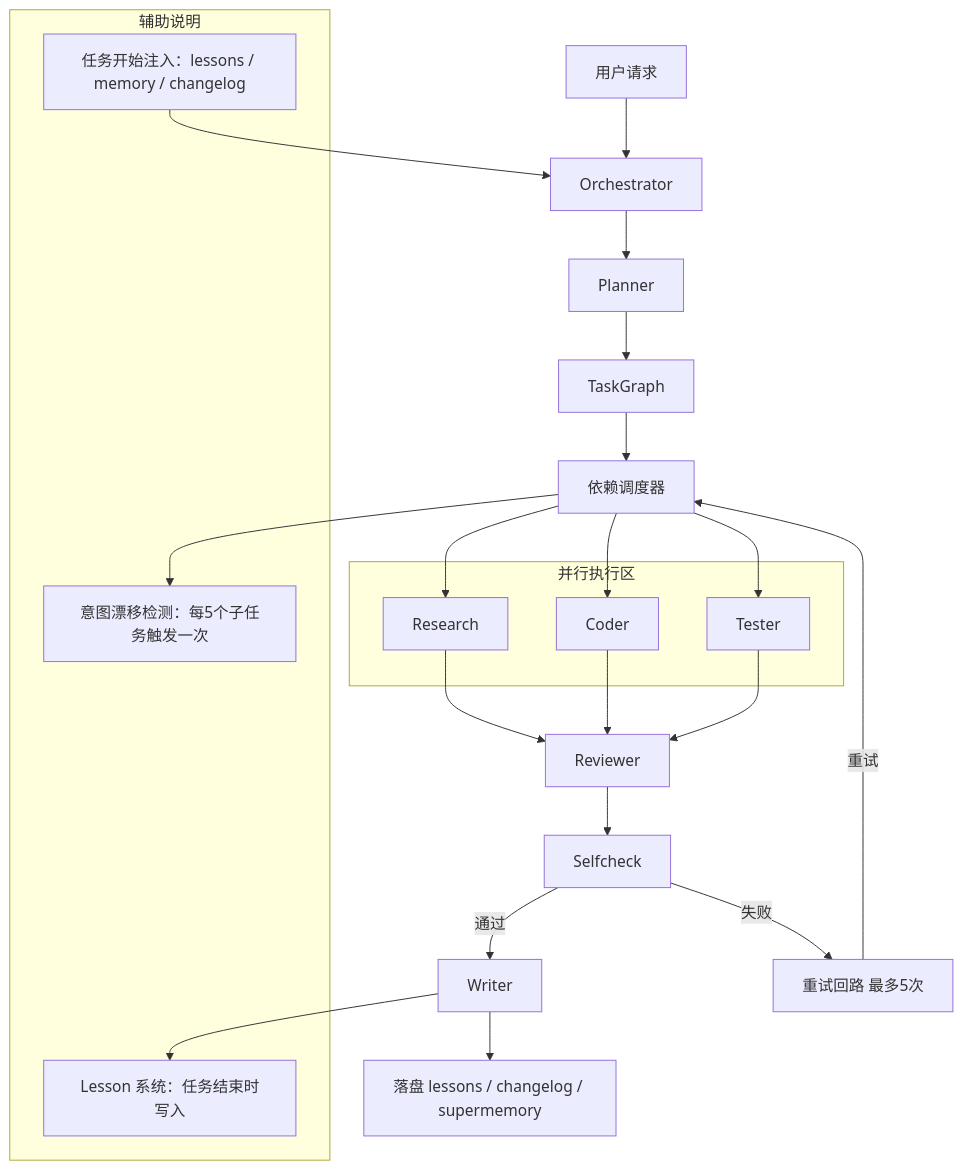
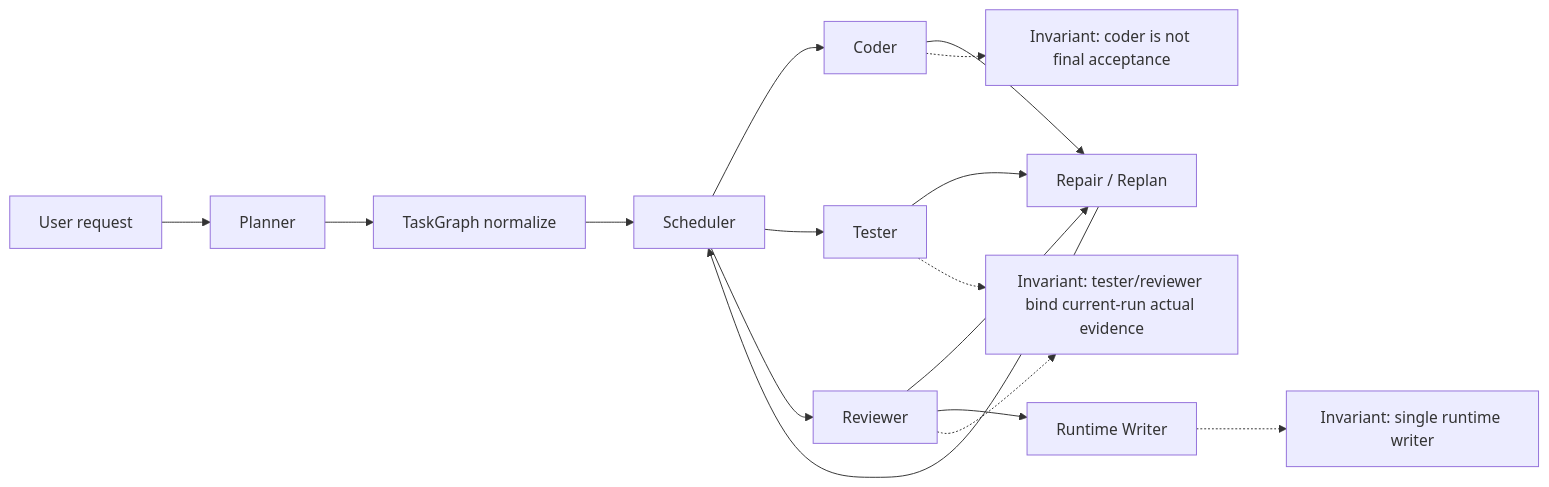
One commit to Wholiver/codemate changed the first of 3 diagrams in README.en.md. Above: the diagram before and after it, drawn with Mermaid. The commit also changed other lines of this file and 2 other files, not shown here.

Commit message:
docs: split architecture diagrams into focused sections

````diff
--- a/README.en.md
+++ b/README.en.md
@@ -94,38 +94,22 @@
 ```mermaid
-flowchart TD
-  request[用户请求] --> orchestrator[Orchestrator]
-  orchestrator --> planner[Planner]
-  planner --> task_graph[TaskGraph]
-  task_graph --> scheduler[依赖调度器]
+flowchart LR
+  U[User request] --> P[Planner]
+  P --> N[TaskGraph normalize]
+  N --> S[Scheduler]
+  S --> C[Coder]
+  S --> T[Tester]
+  S --> R[Reviewer]
+  C --> RP[Repair / Replan]
+  T --> RP
+  R --> RP
+  RP --> S
+  R --> W[Runtime Writer]
 
-  subgraph parallel[并行执行区]
-    research[Research]
-    coder[Coder]
-    tester[Tester]
-  end
-
-  scheduler --> research
-  scheduler --> coder
-  scheduler --> tester
-
-  research --> reviewer[Reviewer]
-  coder --> reviewer
-  tester --> reviewer
-
-  reviewer --> selfcheck[Selfcheck]
-  selfcheck -->|通过| writer[Writer]
-  selfcheck -->|失败| retry_loop[重试回路 最多5次]
-  retry_loop -->|重试| scheduler
-
-  writer --> persistence[落盘 lessons / changelog / supermemory]
-
-  subgraph notes[辅助说明]
-    preload_note[任务开始注入：lessons / memory / changelog]
-    write_note[Lesson 系统：任务结束时写入]
-    drift_note[意图漂移检测：每5个子任务触发一次]
-  end
-
-  preload_note --> orchestrator
-  writer --> write_note
-  scheduler --> drift_note
+  I1[Invariant: single runtime writer]
+  I2[Invariant: coder is not final acceptance]
+  I3[Invariant: tester/reviewer bind current-run actual evidence]
+  W -.-> I1
+  C -.-> I2
+  T -.-> I3
+  R -.-> I3
 ```
````
